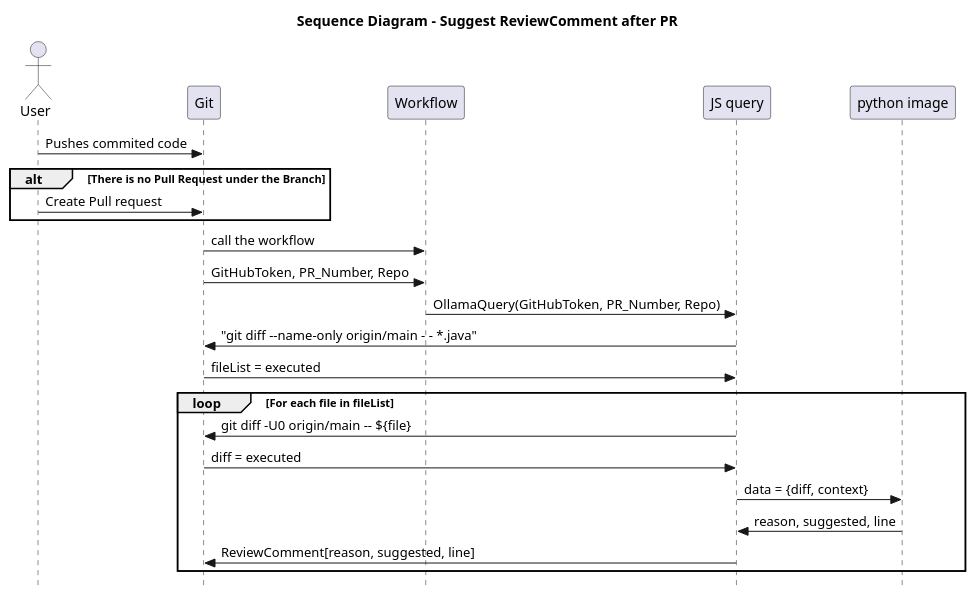
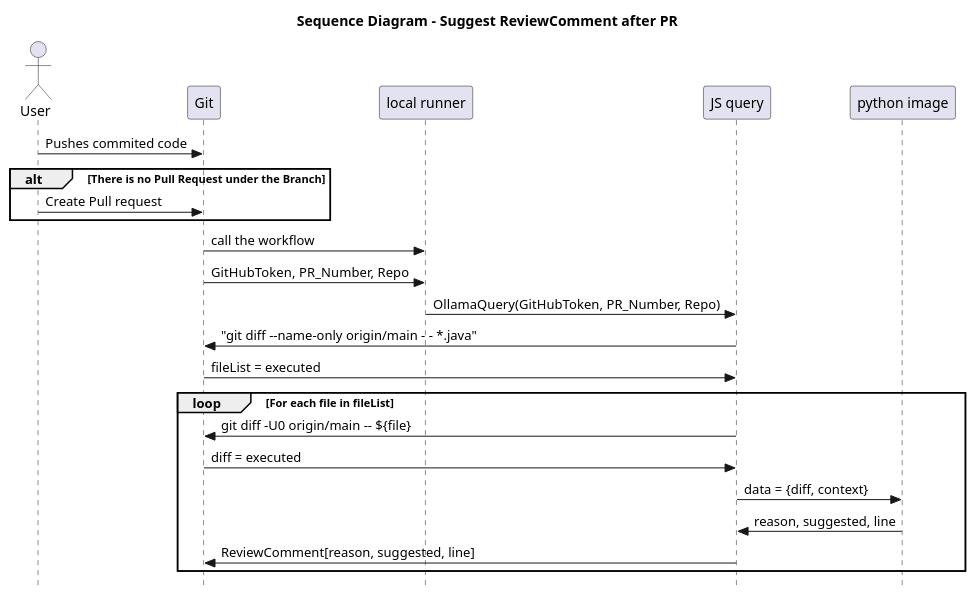
Before and after one commit to lucas-cimino/log-density-plugin-h25: the diagram in docs/resources/artifacts/ds - useSuggestionAfterPR.puml, drawn with PlantUML.

```diff
--- a/docs/resources/artifacts/ds - useSuggestionAfterPR.puml
+++ b/docs/resources/artifacts/ds - useSuggestionAfterPR.puml
@@ -1,29 +1,29 @@
 @startuml ds - addMissingLogs
 title Sequence Diagram - Suggest ReviewComment after PR
 skinparam style strictuml
 
 actor User
 participant "Git" as GT
-participant "Workflow" as WF
+participant "local runner" as LR
 participant "JS query" as JQ
 participant "python image" as PI 
 
 User -> GT: Pushes commited code
 alt There is no Pull Request under the Branch
     User -> GT: Create Pull request
 end
-GT -> WF: call the workflow
-GT -> WF: GitHubToken, PR_Number, Repo
+GT -> LR: call the workflow
+GT -> LR: GitHubToken, PR_Number, Repo
 
-WF -> JQ: OllamaQuery(GitHubToken, PR_Number, Repo)
+LR -> JQ: OllamaQuery(GitHubToken, PR_Number, Repo)
 
 JQ -> GT: "git diff --name-only origin/main - - *.java"
 GT -> JQ: fileList = executed
 loop For each file in fileList
     JQ -> GT: git diff -U0 origin/main -- ${file}
     GT -> JQ: diff = executed
     JQ -> PI: data = {diff, context}
     PI -> JQ: reason, suggested, line
     JQ -> GT: ReviewComment[reason, suggested, line]
 end
 @enduml
```
